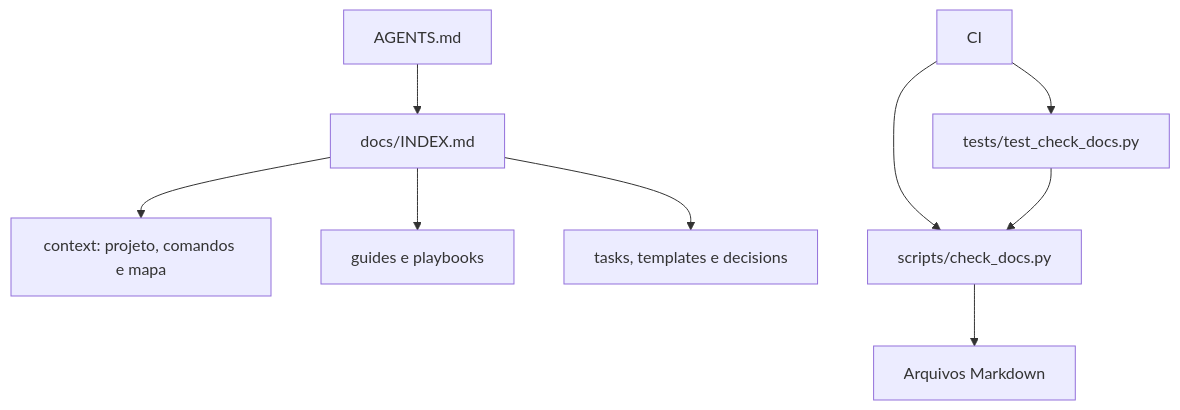
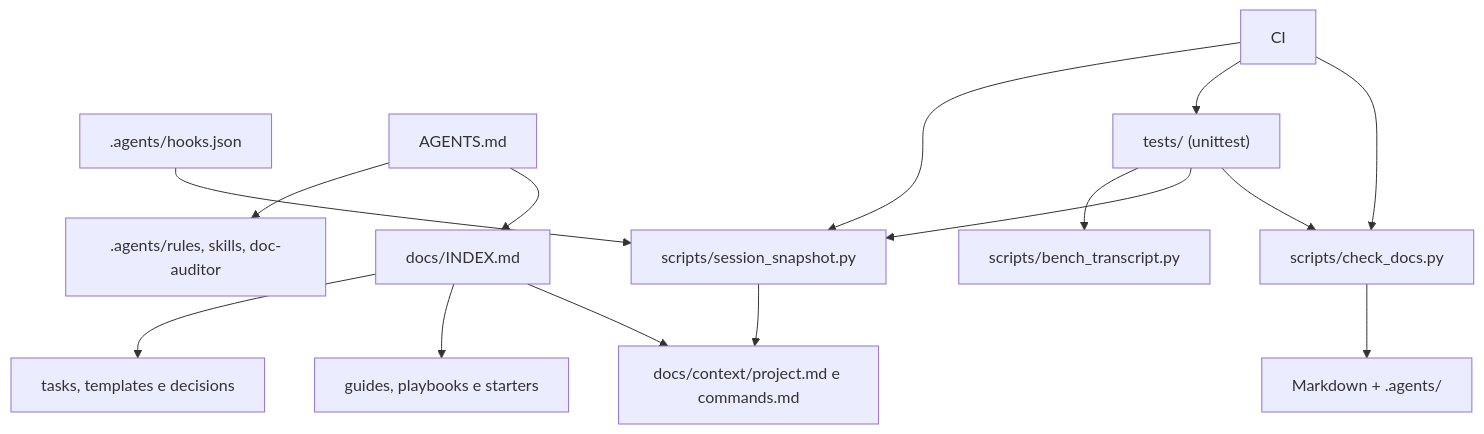
Before and after one commit to CaioHVectorA/gravicodex-template: the diagram in docs/context/map.md, drawn with Mermaid. The commit also changed other lines of this file and 13 other files, not shown here.

Commit message:
feat: estender validador, adicionar bench_transcript, testes, CI e ADR 0002

````diff
--- a/docs/context/map.md
+++ b/docs/context/map.md
@@ -16,11 +20,17 @@
 ```mermaid
 flowchart TD
+    HK[".agents/hooks.json"] --> SS["scripts/session_snapshot.py"]
+    SS --> CTX["docs/context/project.md e commands.md"]
     A["AGENTS.md"] --> I["docs/INDEX.md"]
-    I --> C["context: projeto, comandos e mapa"]
-    I --> G["guides e playbooks"]
-    I --> R["tasks, templates e decisions"]
-    CI["CI"] --> V["scripts/check_docs.py"]
-    CI --> T["tests/test_check_docs.py"]
-    T --> V
-    V --> M["Arquivos Markdown"]
+    A --> AG[".agents/rules, skills, doc-auditor"]
+    I --> CTX
+    I --> GP["guides, playbooks e starters"]
+    I --> TR["tasks, templates e decisions"]
+    CI["CI"] --> CD["scripts/check_docs.py"]
+    CI --> UT["tests/ (unittest)"]
+    CI --> SS
+    CD --> MD["Markdown + .agents/"]
+    UT --> CD
+    UT --> SS
+    UT --> BT["scripts/bench_transcript.py"]
 ```
````
